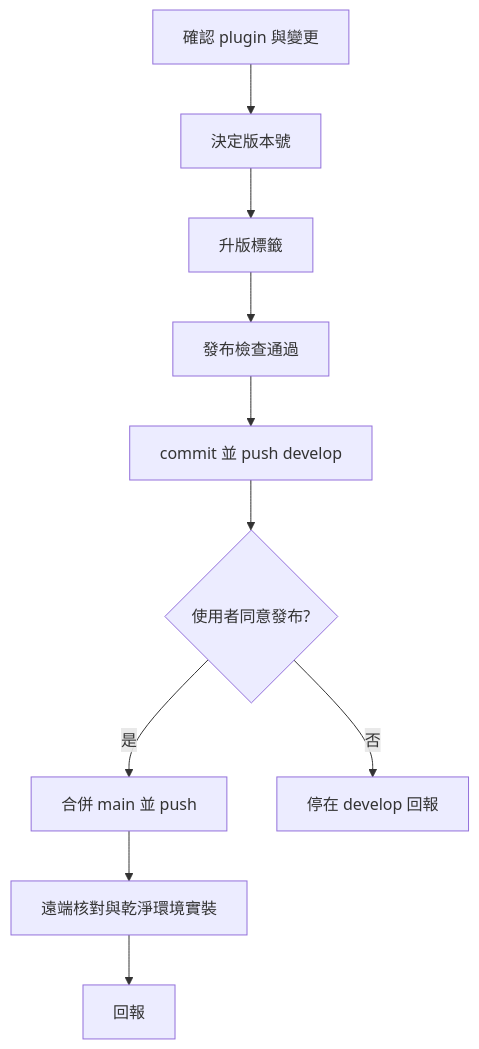
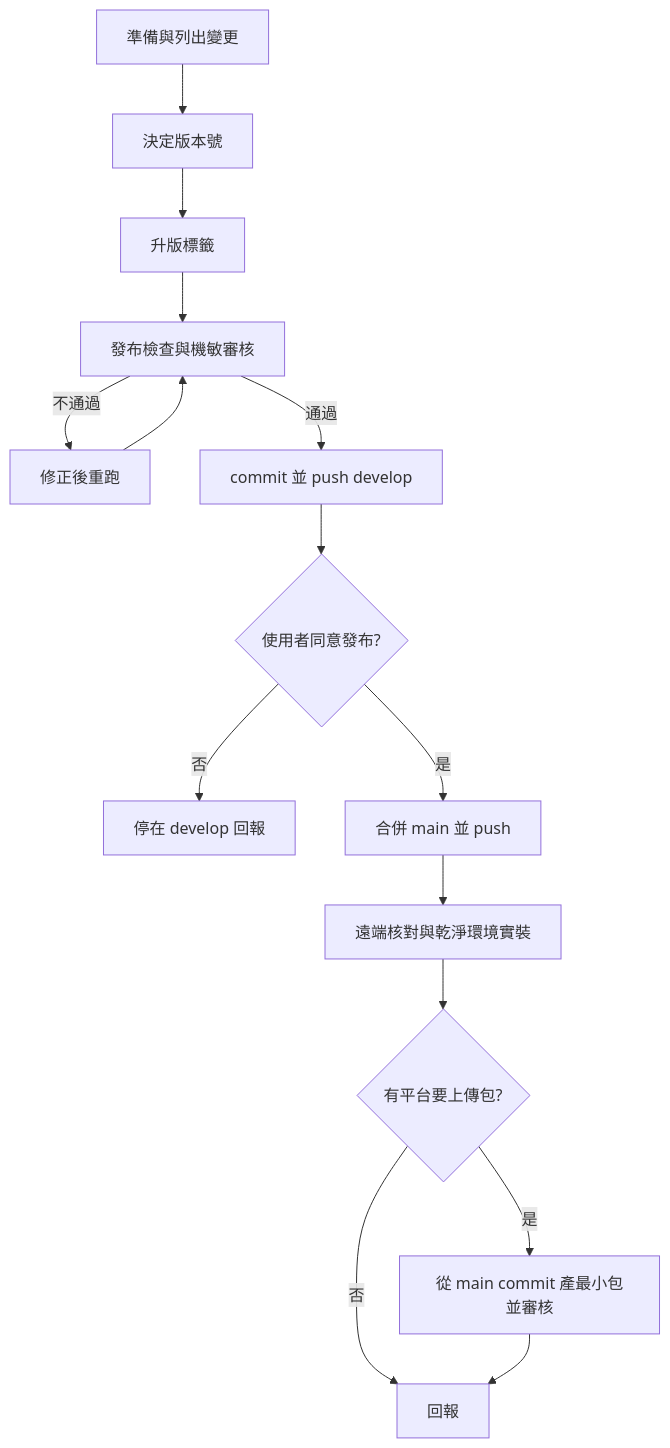
The diagram in .agents/skills/my-plugin-release/SKILL.md (VECTOR-COOL/my-agent-toolkit), drawn with Mermaid before and after one commit. The commit also changed other lines of this file and 9 other files, not shown here.

````diff
--- a/.agents/skills/my-plugin-release/SKILL.md
+++ b/.agents/skills/my-plugin-release/SKILL.md
@@ -10,12 +10,17 @@
 ```mermaid
 graph TD
-  A[確認 plugin 與變更] --> B[決定版本號]
+  A[準備與列出變更] --> B[決定版本號]
   B --> C[升版標籤]
-  C --> D[發布檢查通過]
-  D --> E[commit 並 push develop]
+  C --> D[發布檢查與機敏審核]
+  D -->|不通過| X[修正後重跑]
+  X --> D
+  D -->|通過| E[commit 並 push develop]
   E --> F{使用者同意發布?}
+  F -->|否| R[停在 develop 回報]
   F -->|是| G[合併 main 並 push]
-  F -->|否| R[停在 develop 回報]
   G --> H[遠端核對與乾淨環境實裝]
-  H --> R2[回報]
+  H --> I{有平台要上傳包?}
+  I -->|是| J[從 main commit 產最小包並審核]
+  I -->|否| R2[回報]
+  J --> R2
 ```
````
